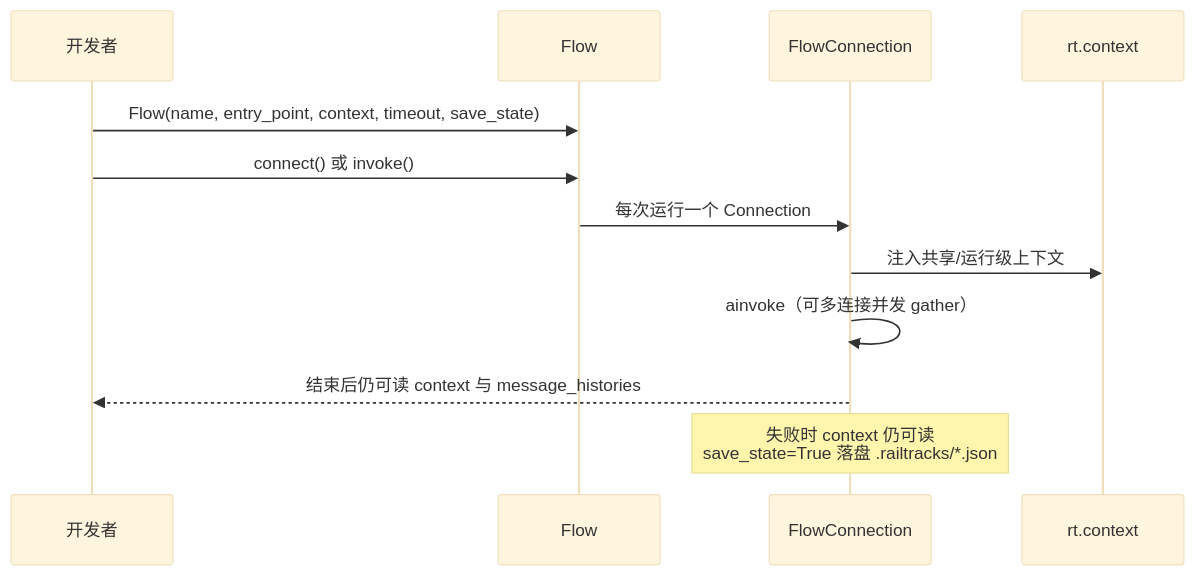
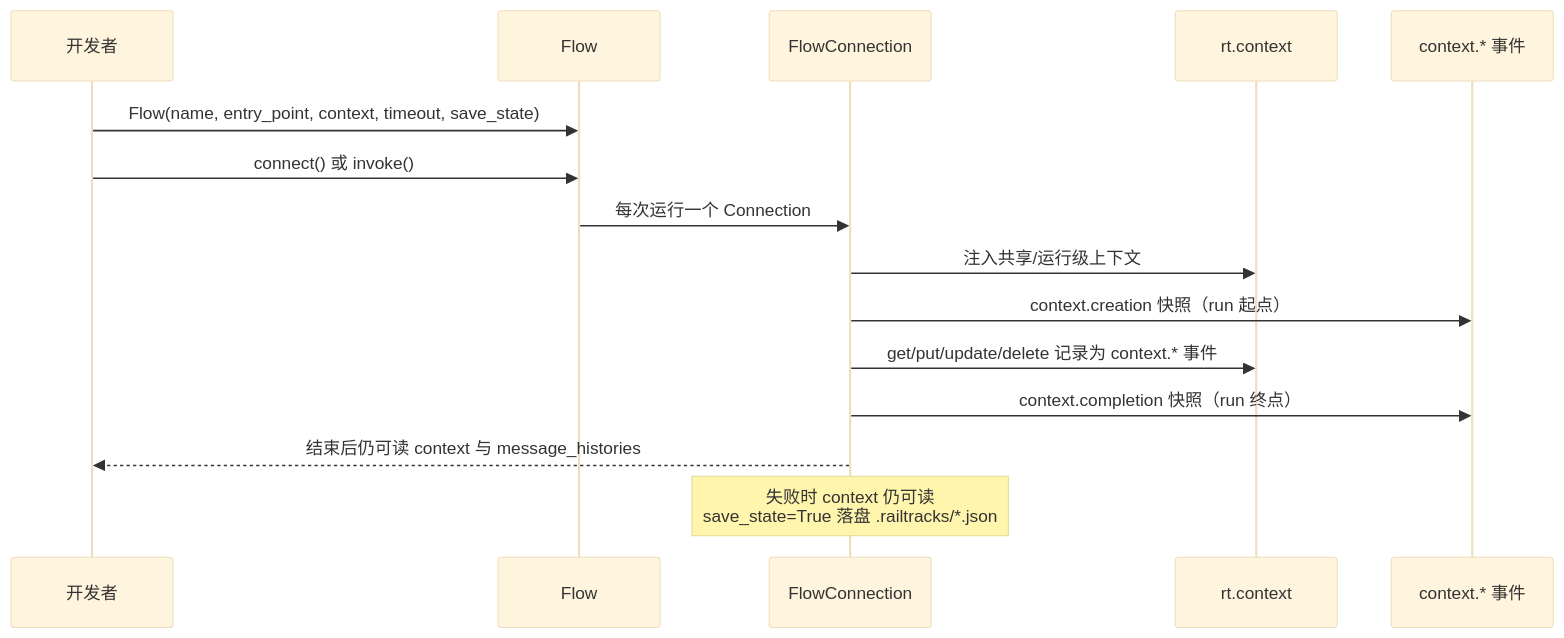
One commit to czm233/gitwire-vault changed the fourth of 6 diagrams in RailtownAI-railtracks/business-logic.md. Above: the diagram before and after it, drawn with Mermaid (base theme). The commit also changed other lines of this file and 10 other files, not shown here.

````diff
--- a/RailtownAI-railtracks/business-logic.md
+++ b/RailtownAI-railtracks/business-logic.md
@@ -62,14 +63,17 @@
 ```mermaid
 sequenceDiagram
     participant Dev as 开发者
     participant Flow as Flow
     participant Conn as FlowConnection
     participant Ctx as rt.context
+    participant E as context.* 事件
     Dev->>Flow: Flow(name, entry_point, context, timeout, save_state)
     Dev->>Flow: connect() 或 invoke()
     Flow->>Conn: 每次运行一个 Connection
     Conn->>Ctx: 注入共享/运行级上下文
-    Conn->>Conn: ainvoke（可多连接并发 gather）
+    Conn->>E: context.creation 快照（run 起点）
+    Conn->>Ctx: get/put/update/delete 记录为 context.* 事件
+    Conn->>E: context.completion 快照（run 终点）
     Conn-->>Dev: 结束后仍可读 context 与 message_histories
     Note over Conn: 失败时 context 仍可读<br/>save_state=True 落盘 .railtracks/*.json
 ```
````
